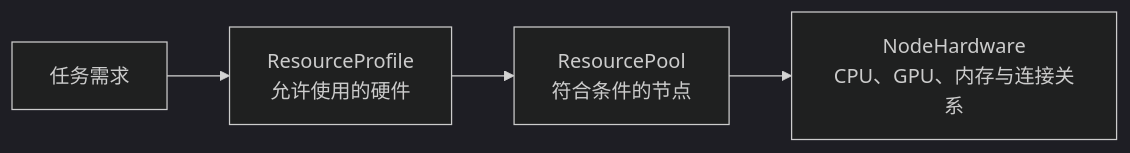
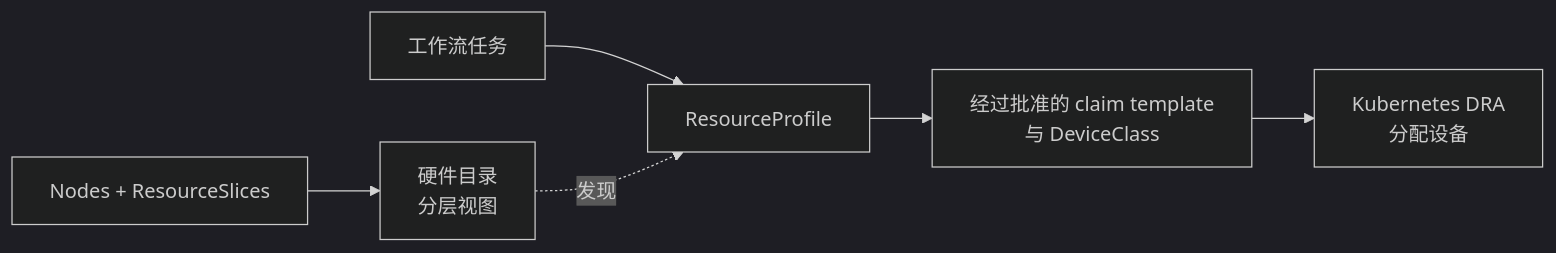
One commit to wsq2333/milos changed the second of 2 diagrams in README.zh-CN.md. Above: the diagram before and after it, drawn with Mermaid (dark theme). The commit also changed other lines of this file and 6 other files, not shown here.

Commit message:
docs: adopt DRA-backed resource design and summarize key features

````diff
--- a/README.zh-CN.md
+++ b/README.zh-CN.md
@@ -112,6 +128,8 @@
 ```mermaid
 flowchart LR
-    T["任务需求"] --> P["ResourceProfile<br/>允许使用的硬件"]
-    P --> R["ResourcePool<br/>符合条件的节点"]
-    R --> N["NodeHardware<br/>CPU、GPU、内存与连接关系"]
+    T["工作流任务"] --> P["ResourceProfile"]
+    P --> C["经过批准的 claim template<br/>与 DeviceClass"]
+    C --> D["Kubernetes DRA<br/>分配设备"]
+    I["Nodes + ResourceSlices"] --> V["硬件目录<br/>分层视图"]
+    V -. "发现" .-> P
 ```
````
